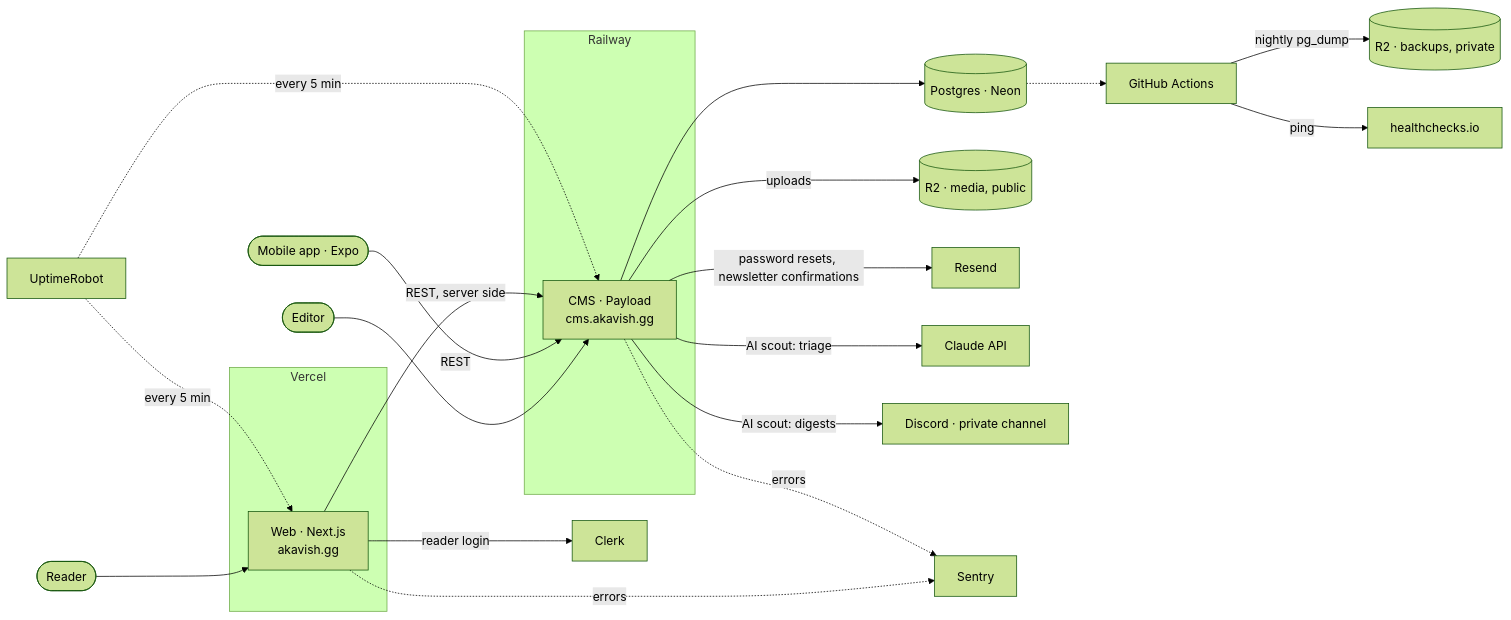
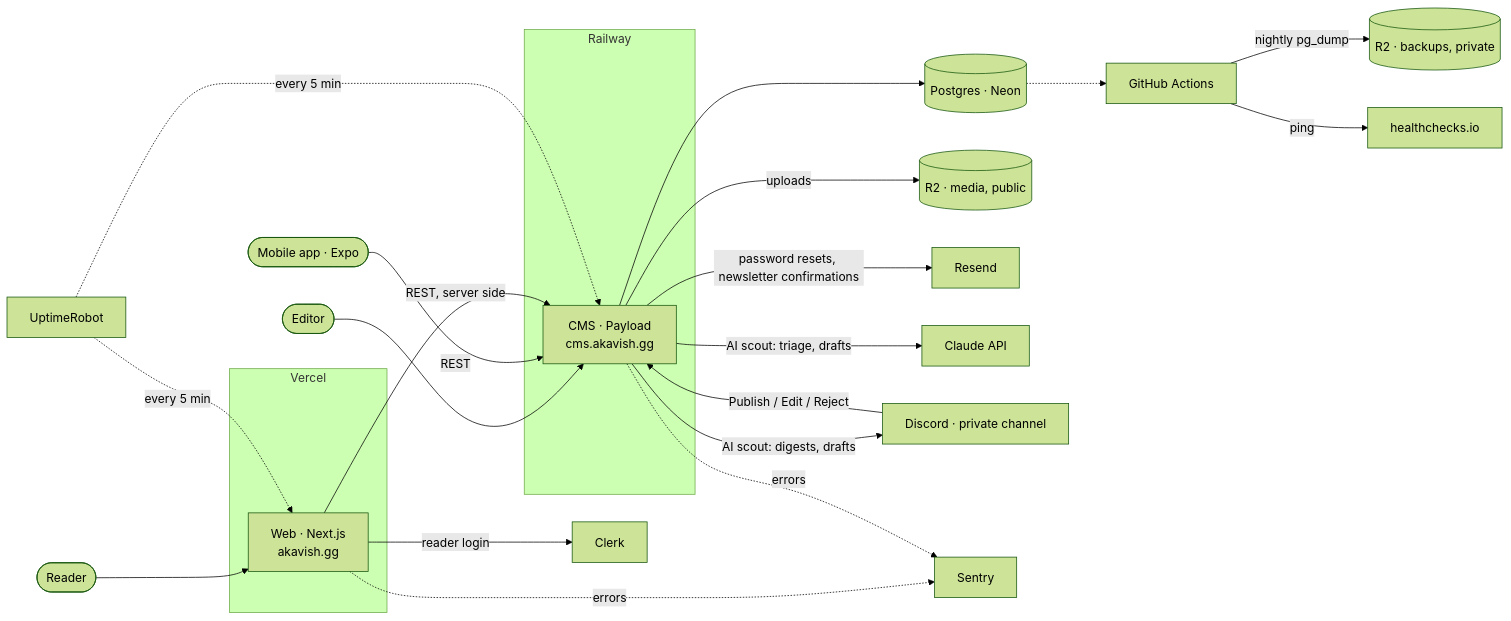
One commit to SachsA/Akavish changed the diagram in README.md. Above: the diagram before and after it, drawn with Mermaid (forest theme). The commit also changed other lines of this file and 32 other files, not shown here.

First line of the commit message:
feat(scout): step 2, drafts and Discord validation (off by default)

````diff
--- a/README.md
+++ b/README.md
@@ -64,29 +64,30 @@
 ```mermaid
 flowchart LR
   reader([Reader]) --> web
   editor([Editor]) --> cms
   phone([Mobile app · Expo]) -->|REST| cms
 
   subgraph vercel [Vercel]
     web[Web · Next.js<br/>akavish.gg]
   end
   subgraph railway [Railway]
     cms[CMS · Payload<br/>cms.akavish.gg]
   end
 
   web -->|REST, server side| cms
   web -->|reader login| clerk[Clerk]
   cms --> db[(Postgres · Neon)]
   cms -->|uploads| media[(R2 · media, public)]
   cms -->|password resets, newsletter confirmations| resend[Resend]
-  cms -->|AI scout: triage| claude[Claude API]
-  cms -->|AI scout: digests| discord[Discord · private channel]
+  cms -->|AI scout: triage, drafts| claude[Claude API]
+  cms -->|AI scout: digests, drafts| discord[Discord · private channel]
+  discord -->|Publish / Edit / Reject| cms
   web -. errors .-> sentry[Sentry]
   cms -. errors .-> sentry
 
   gha[GitHub Actions] -->|nightly pg_dump| backups[(R2 · backups, private)]
   gha -->|ping| hc[healthchecks.io]
   db -.-> gha
   uptime[UptimeRobot] -. every 5 min .-> web
   uptime -. every 5 min .-> cms
 ```
````
